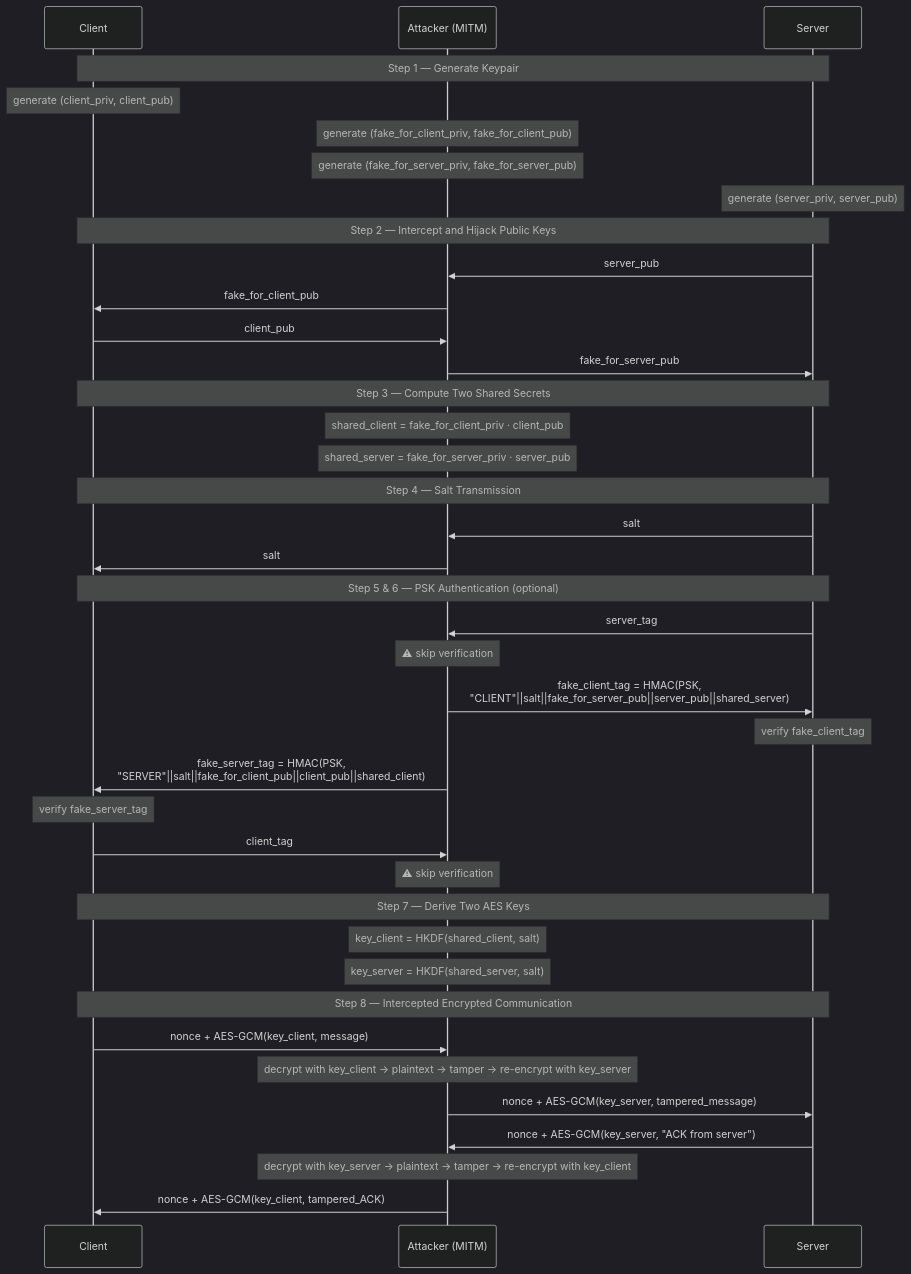
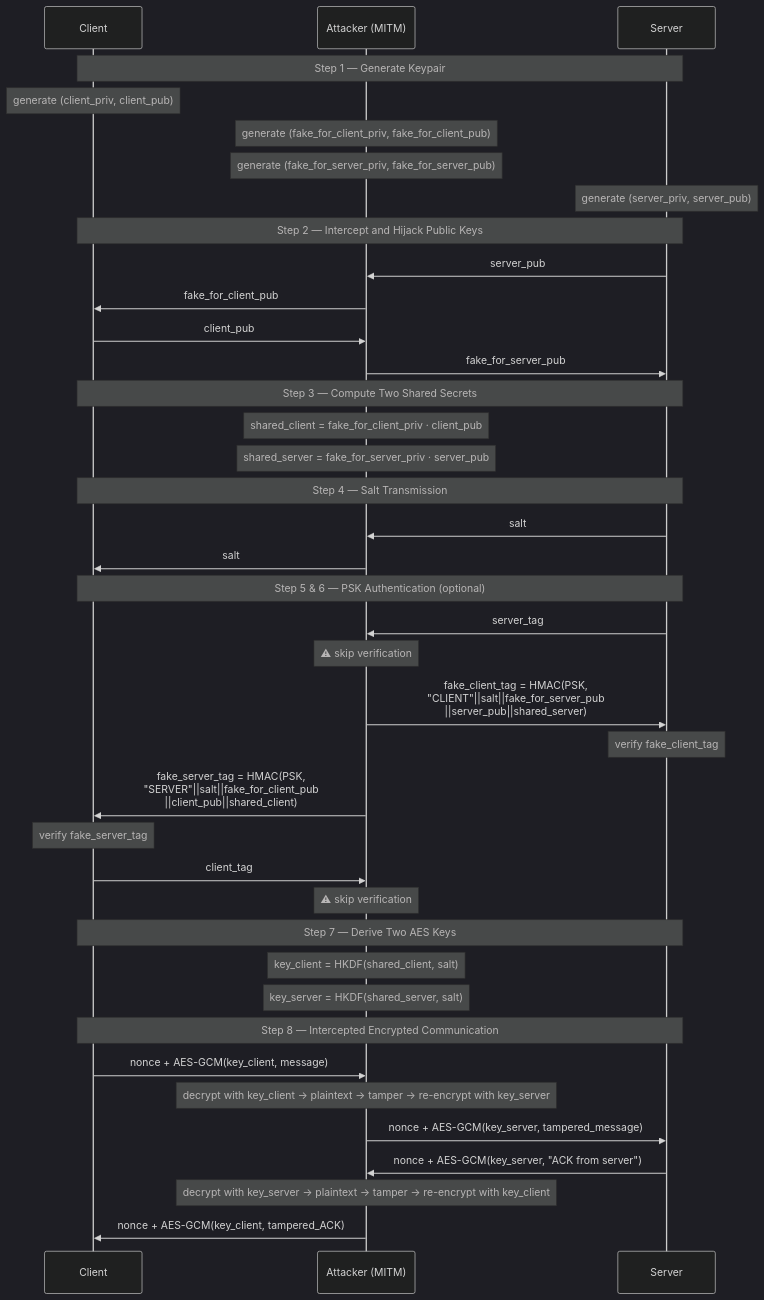
Before and after one commit to hanbo-fan/diffie-hellman-mitm-attack-demo: the second of 3 diagrams in README.md, drawn with Mermaid (dark theme). The commit also changed other lines of this file, not shown here.

````diff
--- a/README.md
+++ b/README.md
@@ -51,48 +51,48 @@
 ```mermaid
 sequenceDiagram
     participant C as Client
     participant M as Attacker (MITM)
     participant S as Server
 
     Note over C,S: Step 1 — Generate Keypair
     Note over C: generate (client_priv, client_pub)
     Note over M: generate (fake_for_client_priv, fake_for_client_pub)
     Note over M: generate (fake_for_server_priv, fake_for_server_pub)
     Note over S: generate (server_priv, server_pub)
 
     Note over C,S: Step 2 — Intercept and Hijack Public Keys
     S->>M: server_pub
     M->>C: fake_for_client_pub
     C->>M: client_pub
     M->>S: fake_for_server_pub
 
     Note over C,S: Step 3 — Compute Two Shared Secrets
     Note over M: shared_client = fake_for_client_priv · client_pub
     Note over M: shared_server = fake_for_server_priv · server_pub
 
     Note over C,S: Step 4 — Salt Transmission
     S->>M: salt
     M->>C: salt
 
     Note over C,S: Step 5 & 6 — PSK Authentication (optional)
     S->>M: server_tag
     Note over M: ⚠ skip verification
-    M->>S: fake_client_tag = HMAC(PSK, <br/>"CLIENT"||salt||fake_for_server_pub||server_pub||shared_server)
+    M->>S: fake_client_tag = HMAC(PSK, <br/>"CLIENT"||salt||fake_for_server_pub<br/>||server_pub||shared_server)
     Note over S: verify fake_client_tag
-    M->>C: fake_server_tag = HMAC(PSK, <br/>"SERVER"||salt||fake_for_client_pub||client_pub||shared_client)
+    M->>C: fake_server_tag = HMAC(PSK, <br/>"SERVER"||salt||fake_for_client_pub<br/>||client_pub||shared_client)
     Note over C: verify fake_server_tag
     C->>M: client_tag
     Note over M: ⚠ skip verification
 
     Note over C,S: Step 7 — Derive Two AES Keys
     Note over M: key_client = HKDF(shared_client, salt)
     Note over M: key_server = HKDF(shared_server, salt)
 
     Note over C,S: Step 8 — Intercepted Encrypted Communication
     C->>M: nonce + AES-GCM(key_client, message)
     Note over M: decrypt with key_client → plaintext → tamper → re-encrypt with key_server
     M->>S: nonce + AES-GCM(key_server, tampered_message)
     S->>M: nonce + AES-GCM(key_server, "ACK from server")
     Note over M: decrypt with key_server → plaintext → tamper → re-encrypt with key_client
     M->>C: nonce + AES-GCM(key_client, tampered_ACK)
 ```
````
